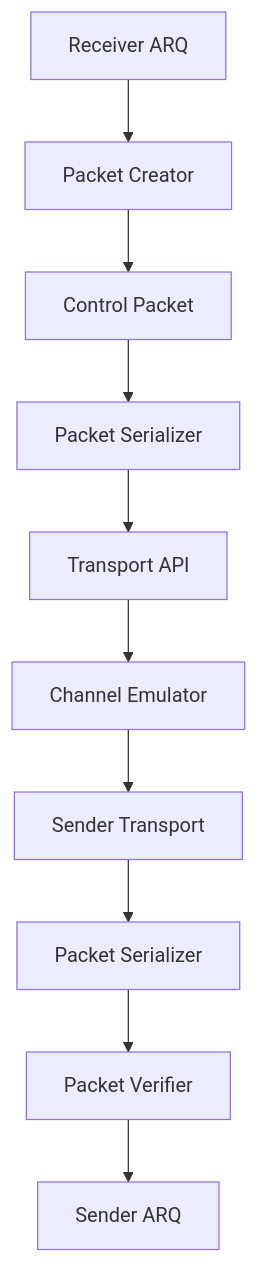
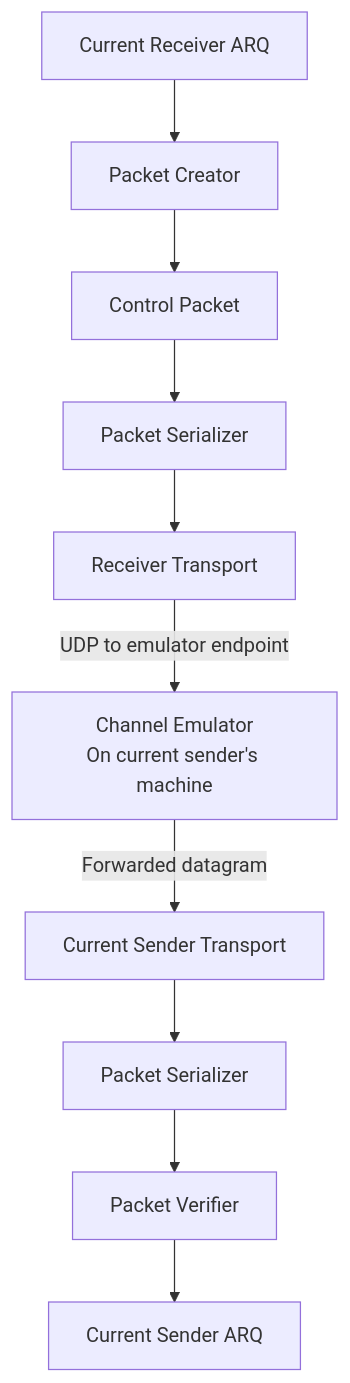
One commit to Siddharth-Nath-06/Reliable-UDP changed the fifth of 9 diagrams in docs/architecture.md. Above: the diagram before and after it, drawn with Mermaid. The commit also changed other lines of this file, not shown here.

Commit message:
clarify channel emulator placement in transport chain

````diff
--- a/docs/architecture.md
+++ b/docs/architecture.md
@@ -209,24 +214,24 @@
 ```mermaid
 flowchart TD
 
-    A[Receiver ARQ]
+    A[Current Receiver ARQ]
     B[Packet Creator]
     C[Control Packet]
     D[Packet Serializer]
-    E[Transport API]
-    F[Channel Emulator]
-    G[Sender Transport]
+    E[Receiver Transport]
+    F[Channel Emulator<br/>On current sender's machine]
+    G[Current Sender Transport]
     H[Packet Serializer]
     I[Packet Verifier]
-    J[Sender ARQ]
+    J[Current Sender ARQ]
 
     A --> B
     B --> C
     C --> D
     D --> E
-    E --> F
-    F --> G
+    E -->|UDP to emulator endpoint| F
+    F -->|Forwarded datagram| G
     G --> H
     H --> I
     I --> J
 ```
````
